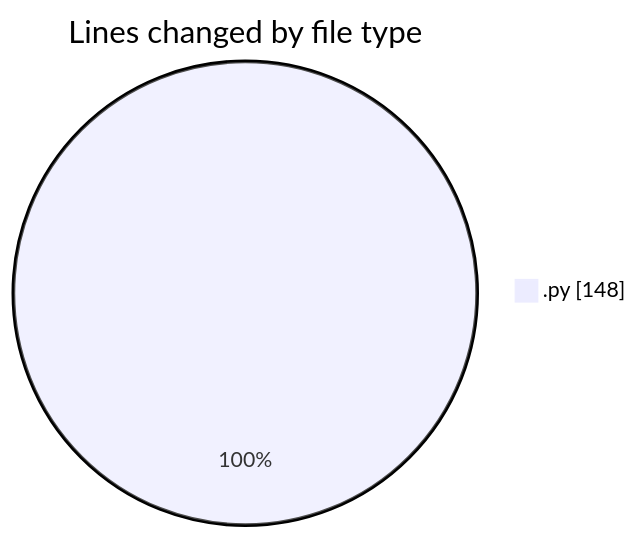
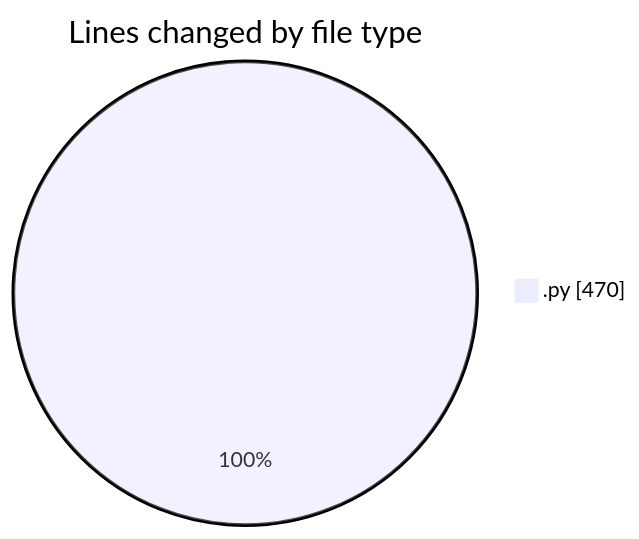
One commit to hasnaa123/code-tracking changed the first of 2 diagrams in 2026-02-21/student_performance_system/README.md. Above: the diagram before and after it, drawn with Mermaid. The commit also changed other lines of this file and 1 other file, not shown here.

````diff
--- a/2026-02-21/student_performance_system/README.md
+++ b/2026-02-21/student_performance_system/README.md
@@ -20,5 +20,5 @@
 ```mermaid
 pie showData
 title Lines changed by file type
-".py" : 148
+".py" : 470
 ```
````
